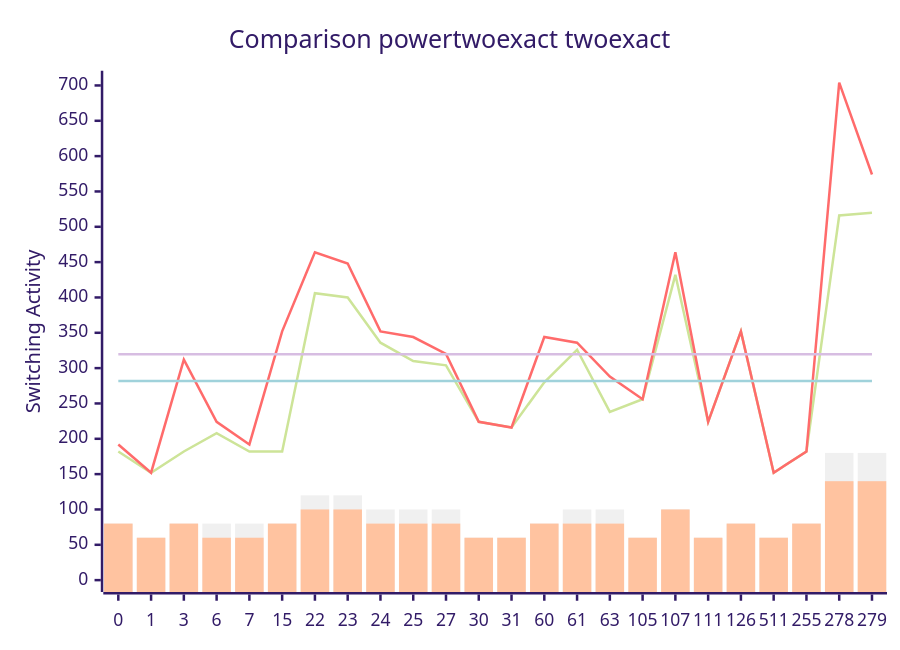
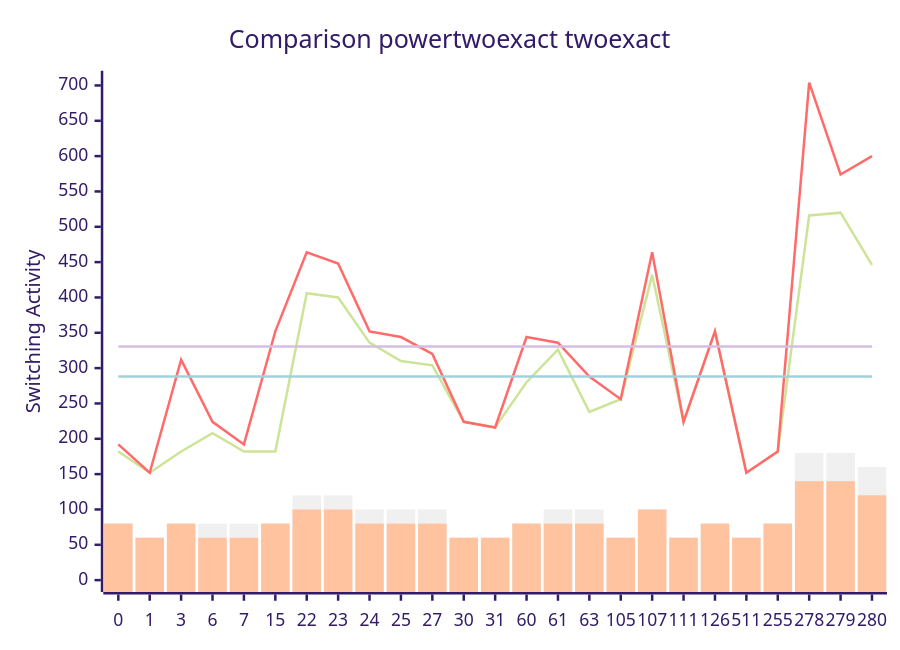
The diagram in benchmark_opt.md (FeldmeierMichael/Exact-Power-Synthesis), drawn with Mermaid (forest theme) before and after one commit. The commit also changed other lines of this file, not shown here.

````diff
--- a/benchmark_opt.md
+++ b/benchmark_opt.md
@@ -53,12 +55,12 @@
 ```mermaid
 xychart-beta
     title "Comparison powertwoexact twoexact"
-    x-axis [0, 1, 3, 6, 7, 15, 22, 23, 24, 25, 27, 30, 31, 60, 61, 63, 105, 107, 111, 126, 511, 255, 278, 279]
+    x-axis [0, 1, 3, 6, 7, 15, 22, 23, 24, 25, 27, 30, 31, 60, 61, 63, 105, 107, 111, 126, 511, 255, 278, 279, 280]
     y-axis "Switching Activity" 0-->704
-    line [182, 152, 182, 208, 182, 182, 406, 400, 336, 310, 304, 224, 216, 280, 326, 238, 256, 432, 224, 352, 152, 182, 516, 520]
-    line [192, 152, 312, 224, 192, 352, 464, 448, 352, 344, 320, 224, 216, 344, 336, 288, 256, 464, 224, 352, 152, 182, 704, 574]
-    line [281.75, 281.75, 281.75, 281.75, 281.75, 281.75, 281.75, 281.75, 281.75, 281.75, 281.75, 281.75, 281.75, 281.75, 281.75, 281.75, 281.75, 281.75, 281.75, 281.75, 281.75, 281.75, 281.75, 281.75]
-    line [319.5, 319.5, 319.5, 319.5, 319.5, 319.5, 319.5, 319.5, 319.5, 319.5, 319.5, 319.5, 319.5, 319.5, 319.5, 319.5, 319.5, 319.5, 319.5, 319.5, 319.5, 319.5, 319.5, 319.5]
-    bar [80, 60, 80, 80, 80, 80, 120, 120, 100, 100, 100, 60, 60, 80, 100, 100, 60, 100, 60, 80, 60, 80, 180, 180]
-    bar [80, 60, 80, 60, 60, 80, 100, 100, 80, 80, 80, 60, 60, 80, 80, 80, 60, 100, 60, 80, 60, 80, 140, 140]
+    line [182, 152, 182, 208, 182, 182, 406, 400, 336, 310, 304, 224, 216, 280, 326, 238, 256, 432, 224, 352, 152, 182, 516, 520, 446]
+    line [192, 152, 312, 224, 192, 352, 464, 448, 352, 344, 320, 224, 216, 344, 336, 288, 256, 464, 224, 352, 152, 182, 704, 574, 600]
+    line [288.32, 288.32, 288.32, 288.32, 288.32, 288.32, 288.32, 288.32, 288.32, 288.32, 288.32, 288.32, 288.32, 288.32, 288.32, 288.32, 288.32, 288.32, 288.32, 288.32, 288.32, 288.32, 288.32, 288.32, 288.32]
+    line [330.72, 330.72, 330.72, 330.72, 330.72, 330.72, 330.72, 330.72, 330.72, 330.72, 330.72, 330.72, 330.72, 330.72, 330.72, 330.72, 330.72, 330.72, 330.72, 330.72, 330.72, 330.72, 330.72, 330.72, 330.72]
+    bar [80, 60, 80, 80, 80, 80, 120, 120, 100, 100, 100, 60, 60, 80, 100, 100, 60, 100, 60, 80, 60, 80, 180, 180, 160]
+    bar [80, 60, 80, 60, 60, 80, 100, 100, 80, 80, 80, 60, 60, 80, 80, 80, 60, 100, 60, 80, 60, 80, 140, 140, 120]
 ```
````
